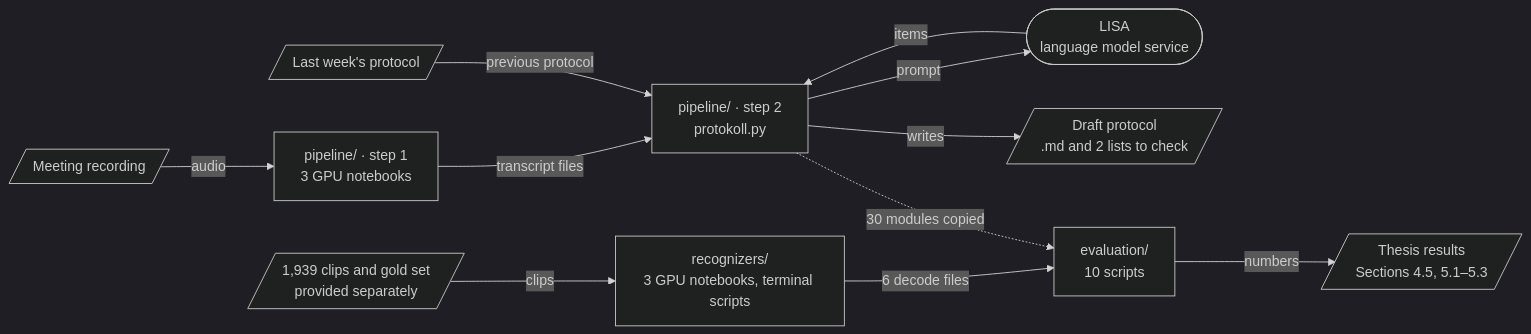
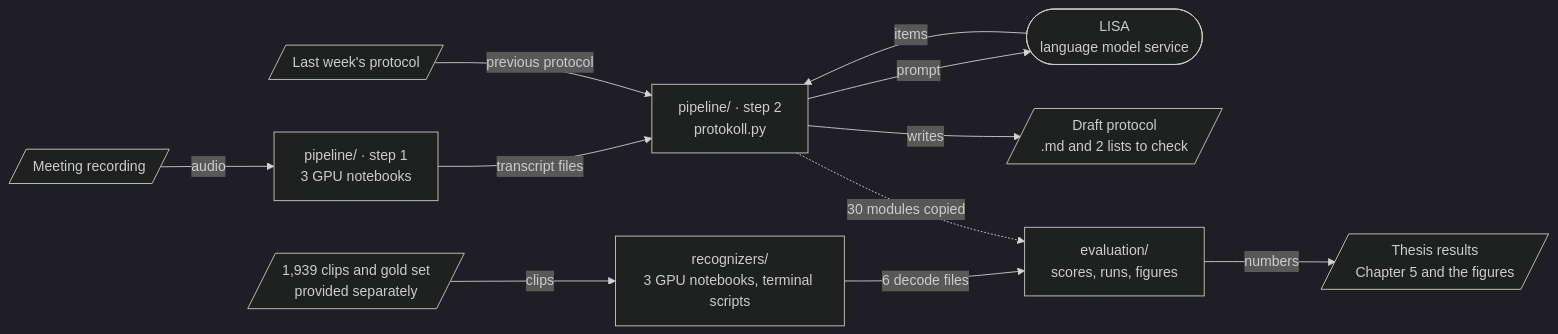
Before and after one commit to AnjanaSuresh01/meeting-protocol-generation: the first of 4 diagrams in CODEBASE_MAP.md, drawn with Mermaid (dark theme). The commit also changed other lines of this file and 89 other files, not shown here.

Commit message:
Add the evaluation code for Sections 5.3 to 5.7, the GLM runs and the figures, and rewrite the READMEs

````diff
--- a/CODEBASE_MAP.md
+++ b/CODEBASE_MAP.md
@@ -7,23 +7,23 @@
 ```mermaid
 flowchart LR
   rec[/"Meeting recording"/]
   prev[/"Last week's protocol"/]
   clips[/"1,939 clips and gold set<br/>provided separately"/]
   s1["pipeline/ · step 1<br/>3 GPU notebooks"]
   s2["pipeline/ · step 2<br/>protokoll.py"]
   lisa(["LISA<br/>language model service"])
   out[/"Draft protocol<br/>.md and 2 lists to check"/]
   rcg["recognizers/<br/>3 GPU notebooks, terminal scripts"]
-  ev["evaluation/<br/>10 scripts"]
-  res[/"Thesis results<br/>Sections 4.5, 5.1–5.3"/]
+  ev["evaluation/<br/>scores, runs, figures"]
+  res[/"Thesis results<br/>Chapter 5 and the figures"/]
   rec -->|audio| s1
   s1 -->|transcript files| s2
   prev -->|previous protocol| s2
   s2 -->|prompt| lisa
   lisa -->|items| s2
   s2 -->|writes| out
   clips -->|clips| rcg
   rcg -->|6 decode files| ev
   ev -->|numbers| res
   s2 -.->|30 modules copied| ev
 ```
````
